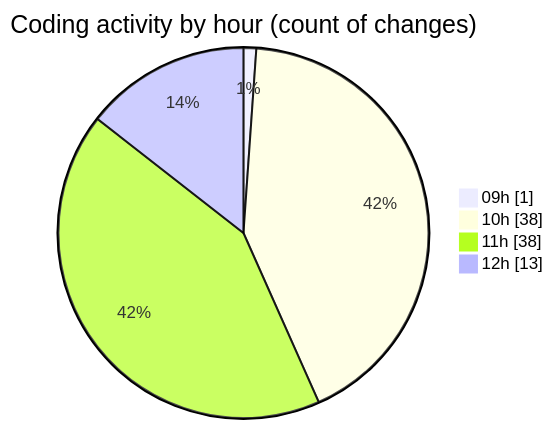
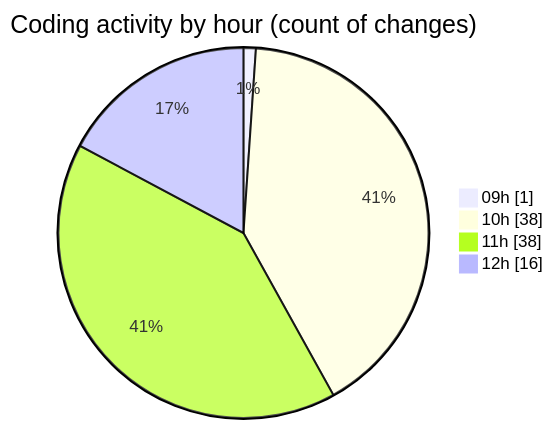
One commit to momahboobian/code-tracking changed the second of 2 diagrams in 2026-01-07/cda/README.md. Above: the diagram before and after it, drawn with Mermaid. The commit also changed other lines of this file and 1 other file, not shown here.

````diff
--- a/2026-01-07/cda/README.md
+++ b/2026-01-07/cda/README.md
@@ -54,8 +54,8 @@
 ```mermaid
 pie showData
 title Coding activity by hour (count of changes)
 "09h" : 1
 "10h" : 38
 "11h" : 38
-"12h" : 13
+"12h" : 16
 ```
````
